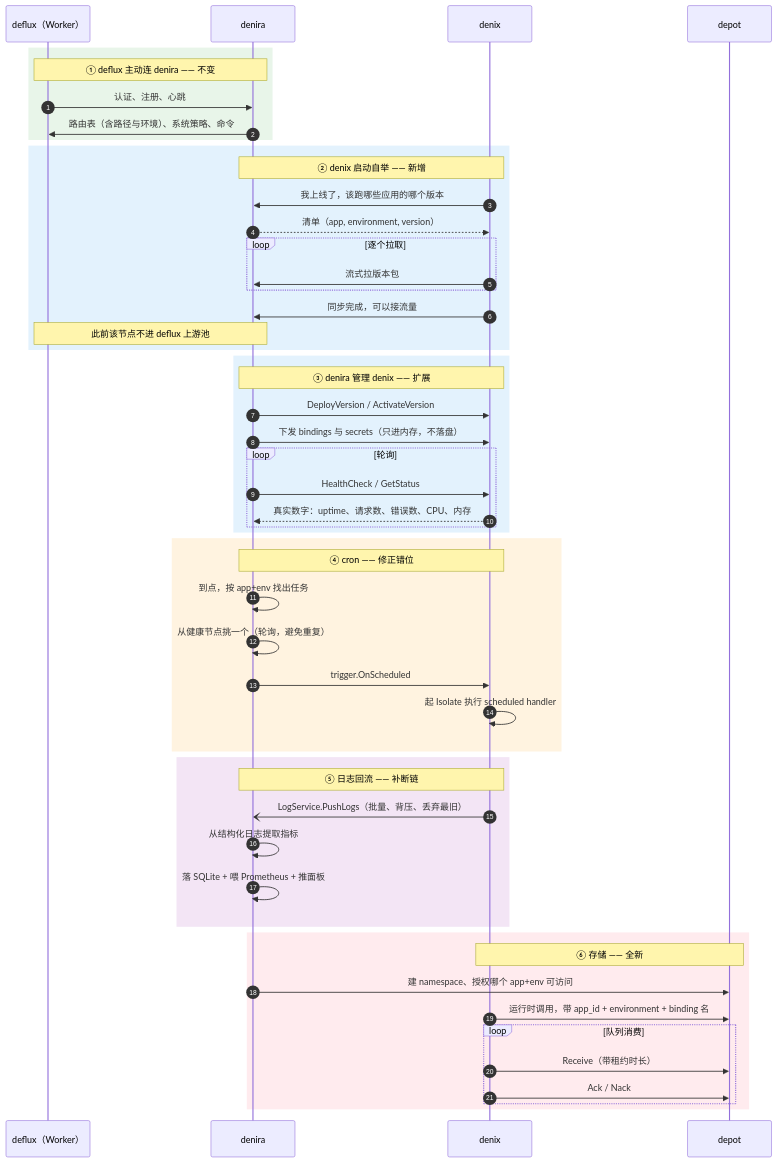
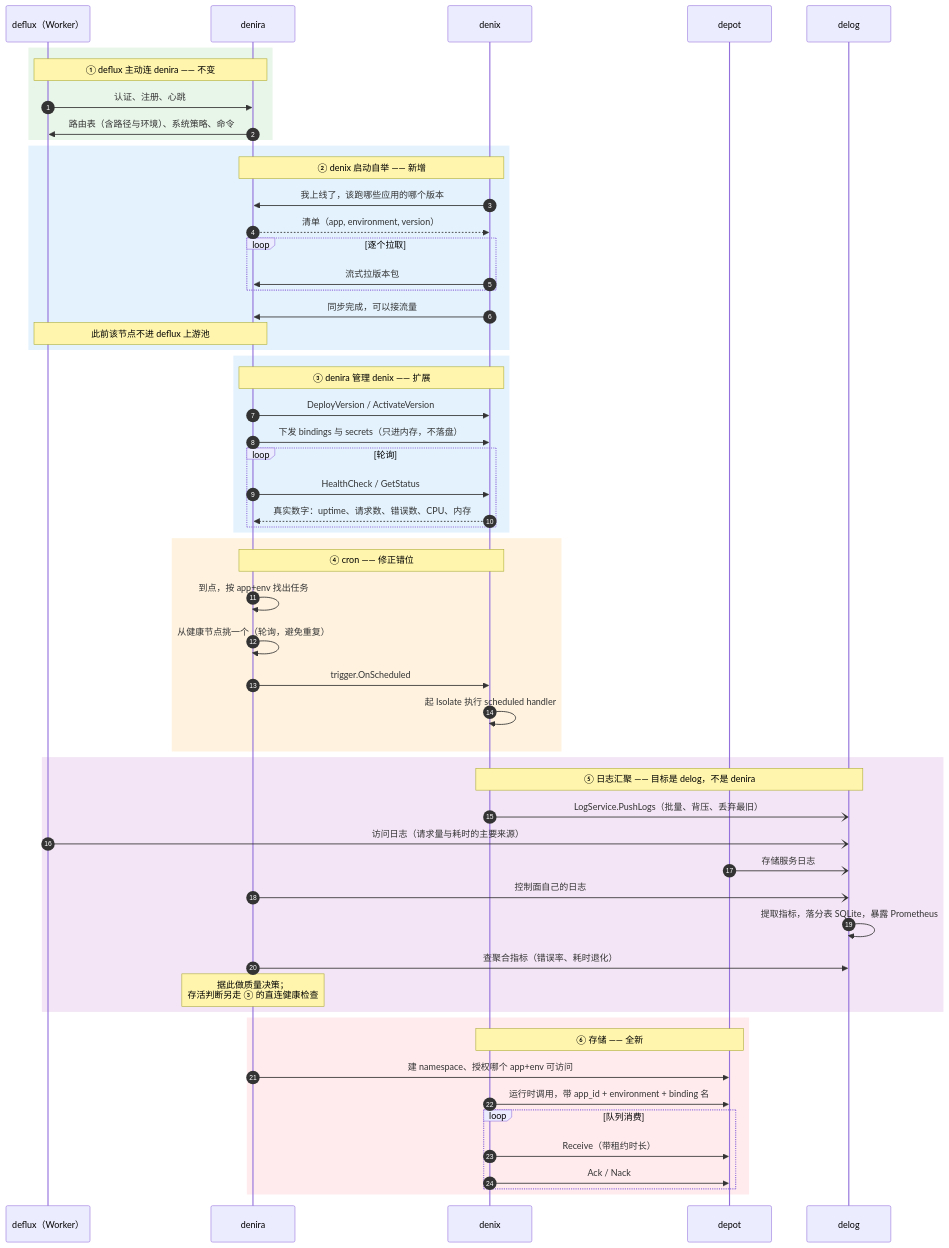
One commit to deislet/deislet changed the fifth of 6 diagrams in docs/architecture.zh.md. Above: the diagram before and after it, drawn with Mermaid. The commit also changed other lines of this file, not shown here.

First line of the commit message:
docs: extract log aggregation into a separate component

````diff
--- a/docs/architecture.zh.md
+++ b/docs/architecture.zh.md
@@ -277,60 +285,65 @@
 ```mermaid
 sequenceDiagram
     autonumber
     participant F as deflux（Worker）
     participant R as denira
     participant X as denix
     participant D as depot
+    participant L as delog
 
     rect rgb(232, 245, 233)
     Note over F,R: ① deflux 主动连 denira —— 不变
     F->>R: 认证、注册、心跳
     R->>F: 路由表（含路径与环境）、系统策略、命令
     end
 
     rect rgb(227, 242, 253)
     Note over X,R: ② denix 启动自举 —— 新增
     X->>R: 我上线了，该跑哪些应用的哪个版本
     R-->>X: 清单（app, environment, version）
     loop 逐个拉取
         X->>R: 流式拉版本包
     end
     X->>R: 同步完成，可以接流量
     Note over R,F: 此前该节点不进 deflux 上游池
     end
 
     rect rgb(227, 242, 253)
     Note over R,X: ③ denira 管理 denix —— 扩展
     R->>X: DeployVersion / ActivateVersion
     R->>X: 下发 bindings 与 secrets（只进内存，不落盘）
     loop 轮询
         R->>X: HealthCheck / GetStatus
         X-->>R: 真实数字：uptime、请求数、错误数、CPU、内存
     end
     end
 
     rect rgb(255, 243, 224)
     Note over R,X: ④ cron —— 修正错位
     R->>R: 到点，按 app+env 找出任务
     R->>R: 从健康节点挑一个（轮询，避免重复）
     R->>X: trigger.OnScheduled
     X->>X: 起 Isolate 执行 scheduled handler
     end
 
     rect rgb(243, 229, 245)
-    Note over X,R: ⑤ 日志回流 —— 补断链
-    X-)R: LogService.PushLogs（批量、背压、丢弃最旧）
-    R->>R: 从结构化日志提取指标
-    R->>R: 落 SQLite + 喂 Prometheus + 推面板
+    Note over X,L: ⑤ 日志汇聚 —— 目标是 delog，不是 denira
+    X-)L: LogService.PushLogs（批量、背压、丢弃最旧）
+    F-)L: 访问日志（请求量与耗时的主要来源）
+    D-)L: 存储服务日志
+    R-)L: 控制面自己的日志
+    L->>L: 提取指标，落分表 SQLite，暴露 Prometheus
+    R->>L: 查聚合指标（错误率、耗时退化）
+    Note over R: 据此做质量决策；<br/>存活判断另走 ③ 的直连健康检查
     end
 
     rect rgb(255, 235, 238)
     Note over X,D: ⑥ 存储 —— 全新
     R->>D: 建 namespace、授权哪个 app+env 可访问
     X->>D: 运行时调用，带 app_id + environment + binding 名
     loop 队列消费
         X->>D: Receive（带租约时长）
         X->>D: Ack / Nack
     end
     end
 ```
````
